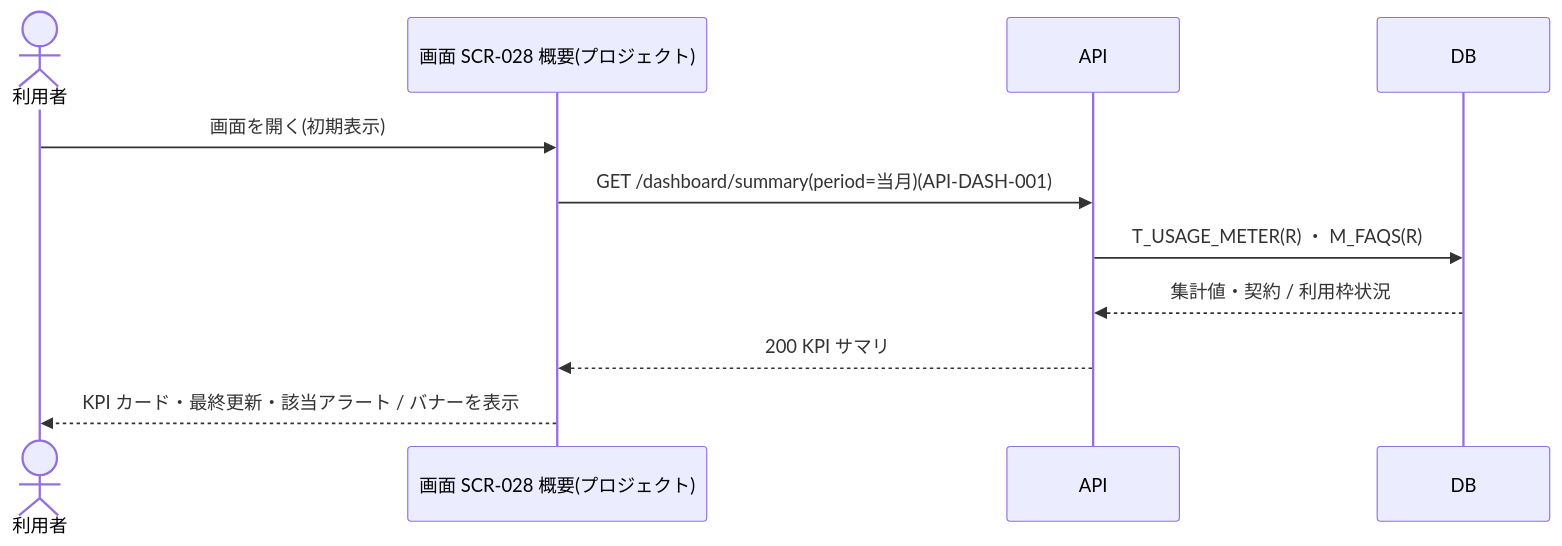
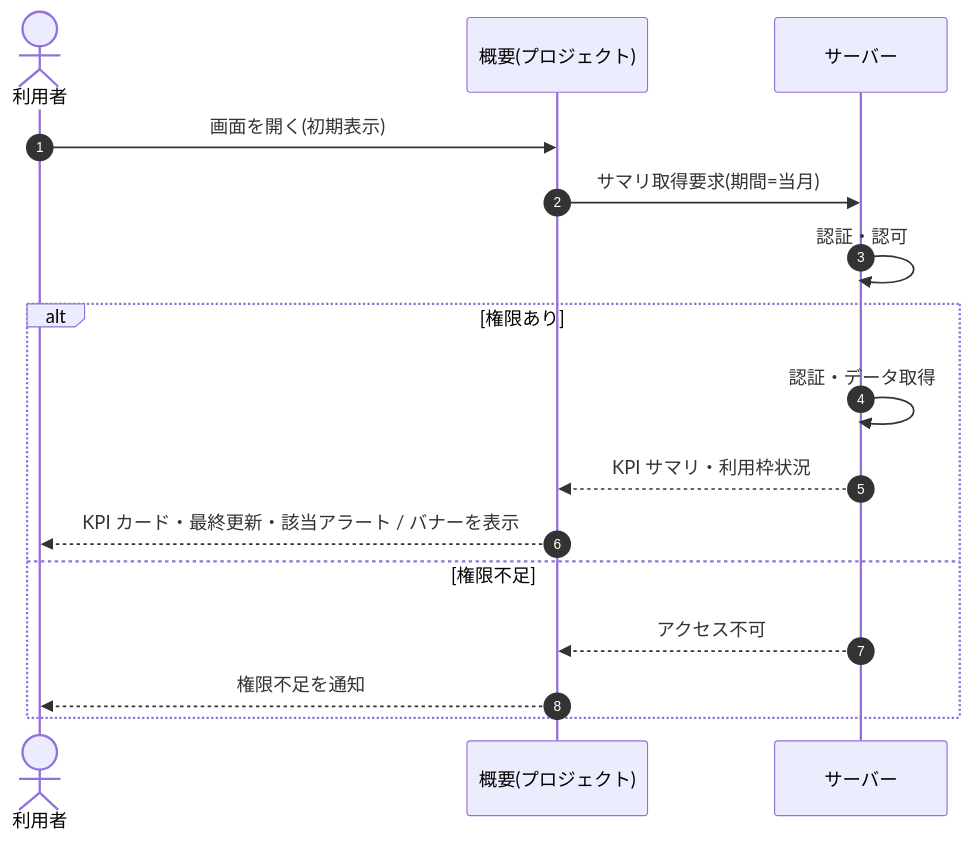
The diagram in 02_basic_design/05_sequences/SEQ-041.md (sikakou54/open-faq), drawn with Mermaid before and after one commit. The commit also changed other lines of this file and 108 other files, not shown here.

First line of the commit message:
基本設計: シーケンス図を基本設計粒度(ユーザー/画面/サーバー)へ再編成

````diff
--- a/02_basic_design/05_sequences/SEQ-041.md
+++ b/02_basic_design/05_sequences/SEQ-041.md
@@ -25,13 +32,18 @@
 ```mermaid
 sequenceDiagram
+  autonumber
   actor U as 利用者
-  participant S as 画面 SCR-028 概要(プロジェクト)
-  participant API as API
-  participant DB as DB
-  U->>S: 画面を開く(初期表示)
-  S->>API: GET /dashboard/summary(period=当月)(API-DASH-001)
-  API->>DB: T_USAGE_METER(R) ・ M_FAQS(R)
-  DB-->>API: 集計値・契約 / 利用枠状況
-  API-->>S: 200 KPI サマリ
-  S-->>U: KPI カード・最終更新・該当アラート / バナーを表示
+  participant Screen as 概要(プロジェクト)
+  participant Server as サーバー
+  U->>Screen: 画面を開く(初期表示)
+  Screen->>Server: サマリ取得要求(期間=当月)
+  Server->>Server: 認証・認可
+  alt 権限あり
+    Server->>Server: 認証・データ取得
+    Server-->>Screen: KPI サマリ・利用枠状況
+    Screen-->>U: KPI カード・最終更新・該当アラート / バナーを表示
+  else 権限不足
+    Server-->>Screen: アクセス不可
+    Screen-->>U: 権限不足を通知
+  end
 ```
````
